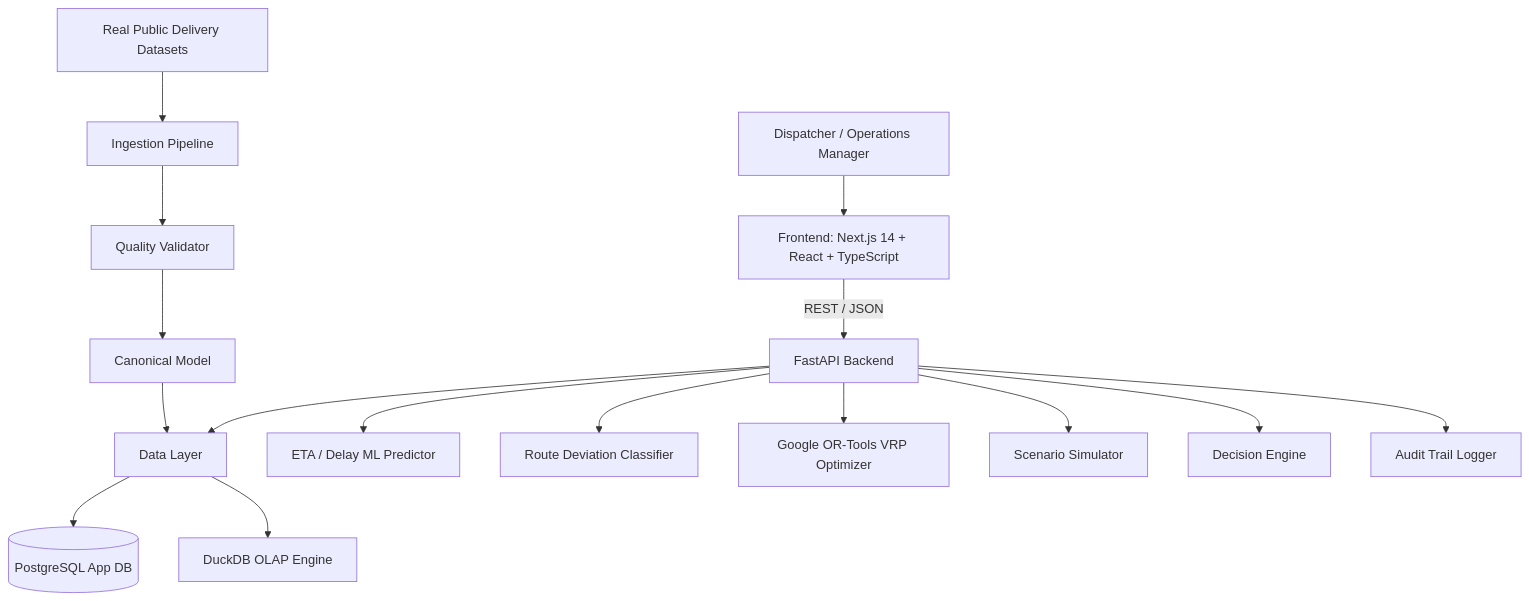
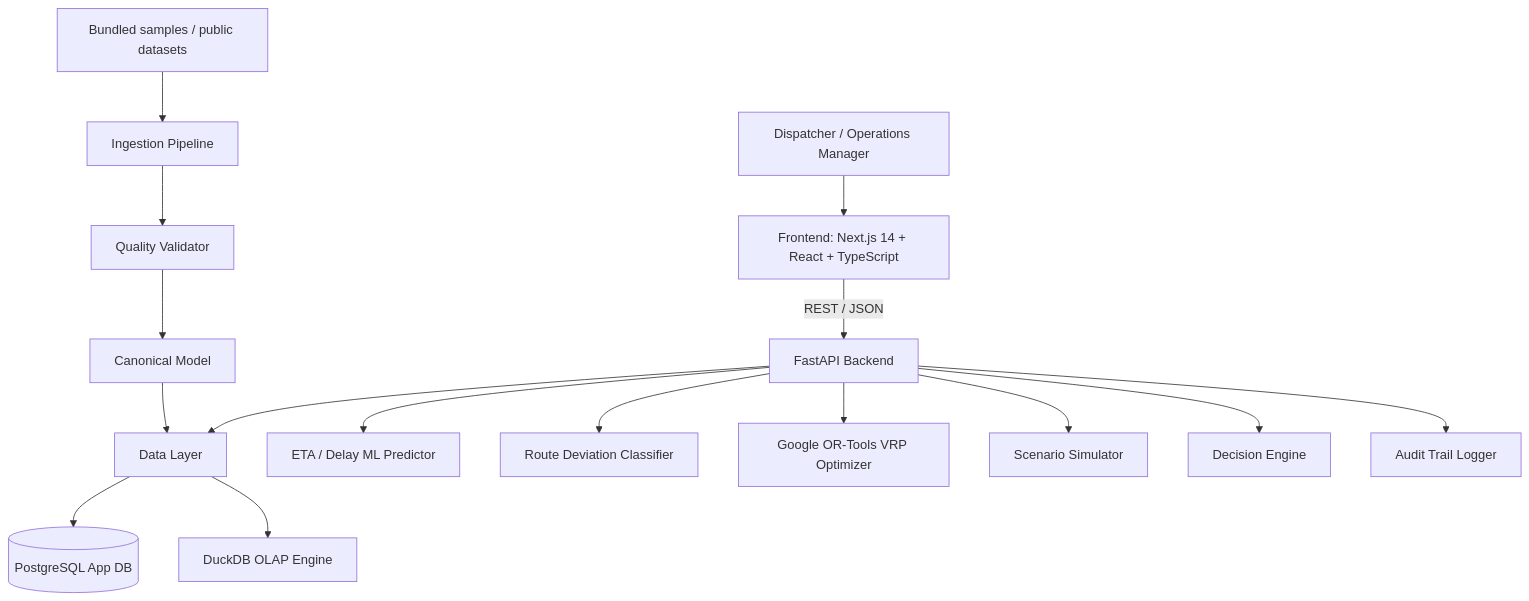
Before and after one commit to omkark2404/Pathfinder--AI-Powered-Last-Mile-Delivery-Decision-Intelligence: the diagram in docs/ARCHITECTURE.md, drawn with Mermaid. The commit also changed other lines of this file and 50 other files, not shown here.

````diff
--- a/docs/ARCHITECTURE.md
+++ b/docs/ARCHITECTURE.md
@@ -11,20 +11,20 @@
 ```mermaid
 flowchart TB
     USER[Dispatcher / Operations Manager]
     USER --> FE[Frontend: Next.js 14 + React + TypeScript]
     FE -->|REST / JSON| API[FastAPI Backend]
 
     API --> DATA[Data Layer]
     API --> ETA[ETA / Delay ML Predictor]
     API --> DEV[Route Deviation Classifier]
     API --> OPT[Google OR-Tools VRP Optimizer]
     API --> SIM[Scenario Simulator]
     API --> DEC[Decision Engine]
     API --> AUDIT[Audit Trail Logger]
 
     DATA --> PG[(PostgreSQL App DB)]
     DATA --> DUCK[DuckDB OLAP Engine]
 
-    RAW[Real Public Delivery Datasets] --> ING[Ingestion Pipeline] --> VAL[Quality Validator] --> CAN[Canonical Model]
+    RAW[Bundled samples / public datasets] --> ING[Ingestion Pipeline] --> VAL[Quality Validator] --> CAN[Canonical Model]
     CAN --> DATA
 ```
````
